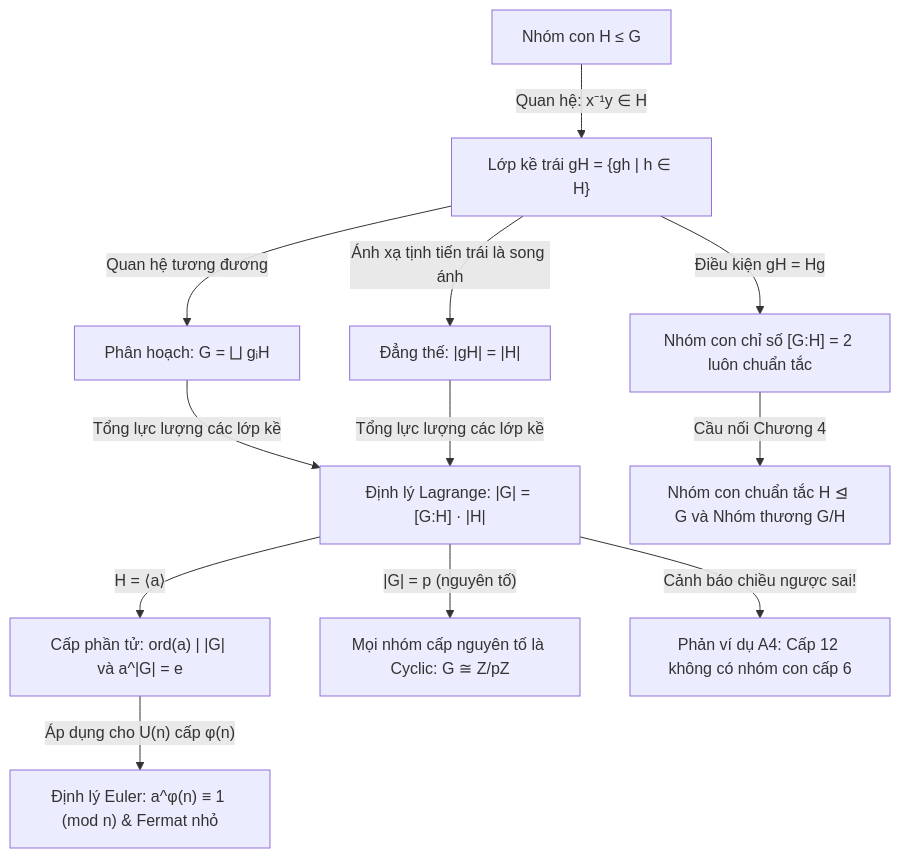
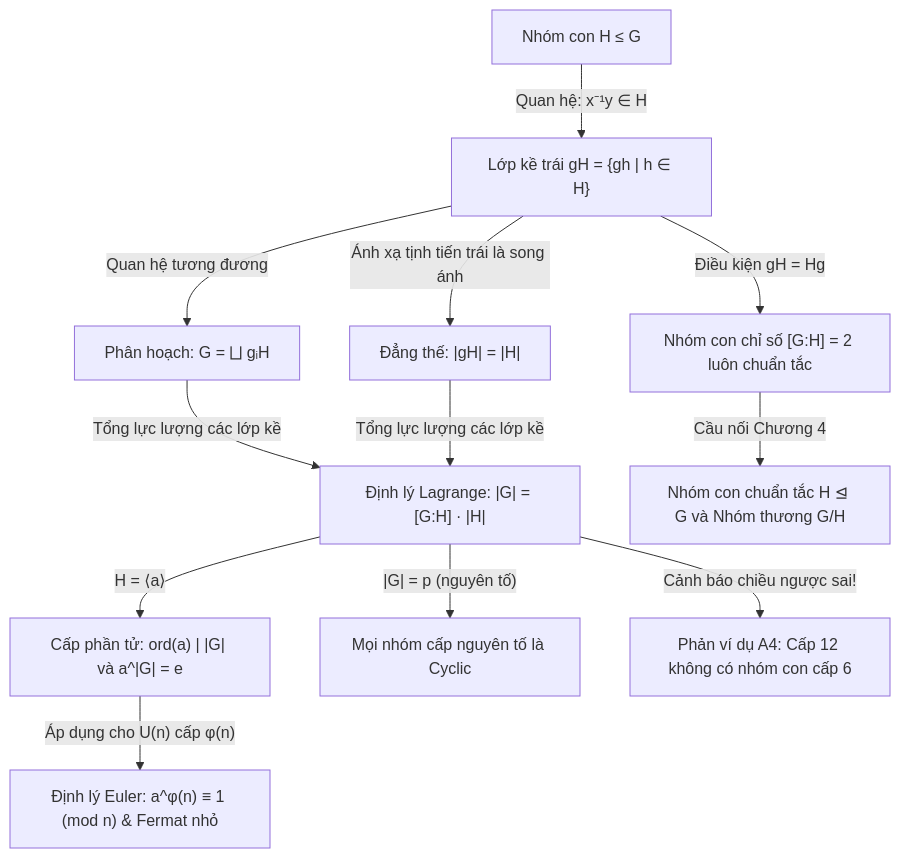
Before and after one commit to lqhninh-cyber/Learning-universe: the diagram in content/algebraic-structures/03-lop-ke-va-dinh-ly-lagrange/04-bai-tap-va-tong-ket-chuong-3.mdx, drawn with Mermaid. The commit also changed other lines of this file and 20 other files, not shown here.

````diff
--- a/content/algebraic-structures/03-lop-ke-va-dinh-ly-lagrange/04-bai-tap-va-tong-ket-chuong-3.mdx
+++ b/content/algebraic-structures/03-lop-ke-va-dinh-ly-lagrange/04-bai-tap-va-tong-ket-chuong-3.mdx
@@ -52,13 +52,13 @@
 ```mermaid
 flowchart TD
     A["Nhóm con H ≤ G"] -->|"Quan hệ: x⁻¹y ∈ H"| B["Lớp kề trái gH = {gh | h ∈ H}"]
     B -->|"Quan hệ tương đương"| C["Phân hoạch: G = ⨆ gᵢH"]
     B -->|"Ánh xạ tịnh tiến trái là song ánh"| D["Đẳng thế: |gH| = |H|"]
     C & D -->|"Tổng lực lượng các lớp kề"| E["Định lý Lagrange: |G| = [G:H] · |H|"]
     E -->|"H = ⟨a⟩"| F["Cấp phần tử: ord(a) | |G| và a^|G| = e"]
-    E -->|"|G| = p (nguyên tố)"| G["Mọi nhóm cấp nguyên tố là Cyclic: G ≅ Z/pZ"]
+    E -->|"|G| = p (nguyên tố)"| G["Mọi nhóm cấp nguyên tố là Cyclic"]
     F -->|"Áp dụng cho U(n) cấp φ(n)"| H["Định lý Euler: a^φ(n) ≡ 1 (mod n) & Fermat nhỏ"]
     E -->|"Cảnh báo chiều ngược sai!"| I["Phản ví dụ A4: Cấp 12 không có nhóm con cấp 6"]
     B -->|"Điều kiện gH = Hg"| J["Nhóm con chỉ số [G:H] = 2 luôn chuẩn tắc"]
     J -->|"Cầu nối Chương 4"| K["Nhóm con chuẩn tắc H ⊴ G và Nhóm thương G/H"]
 ```
````
